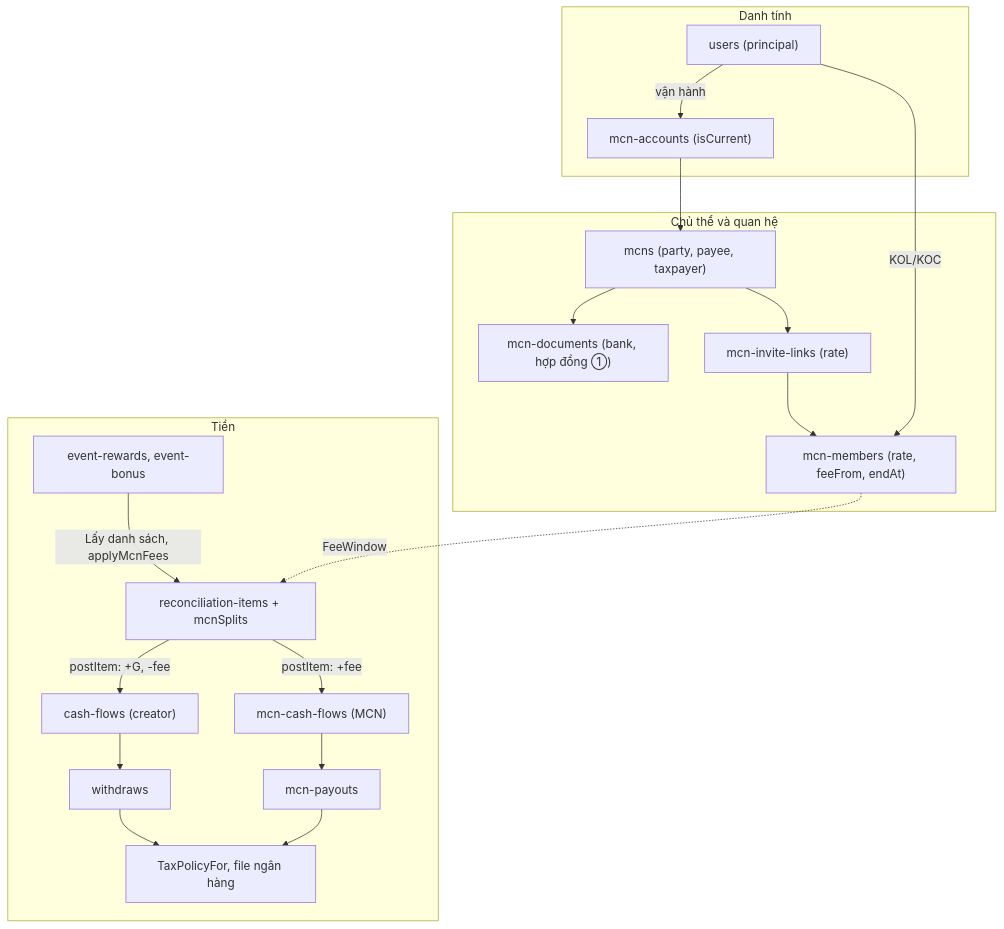
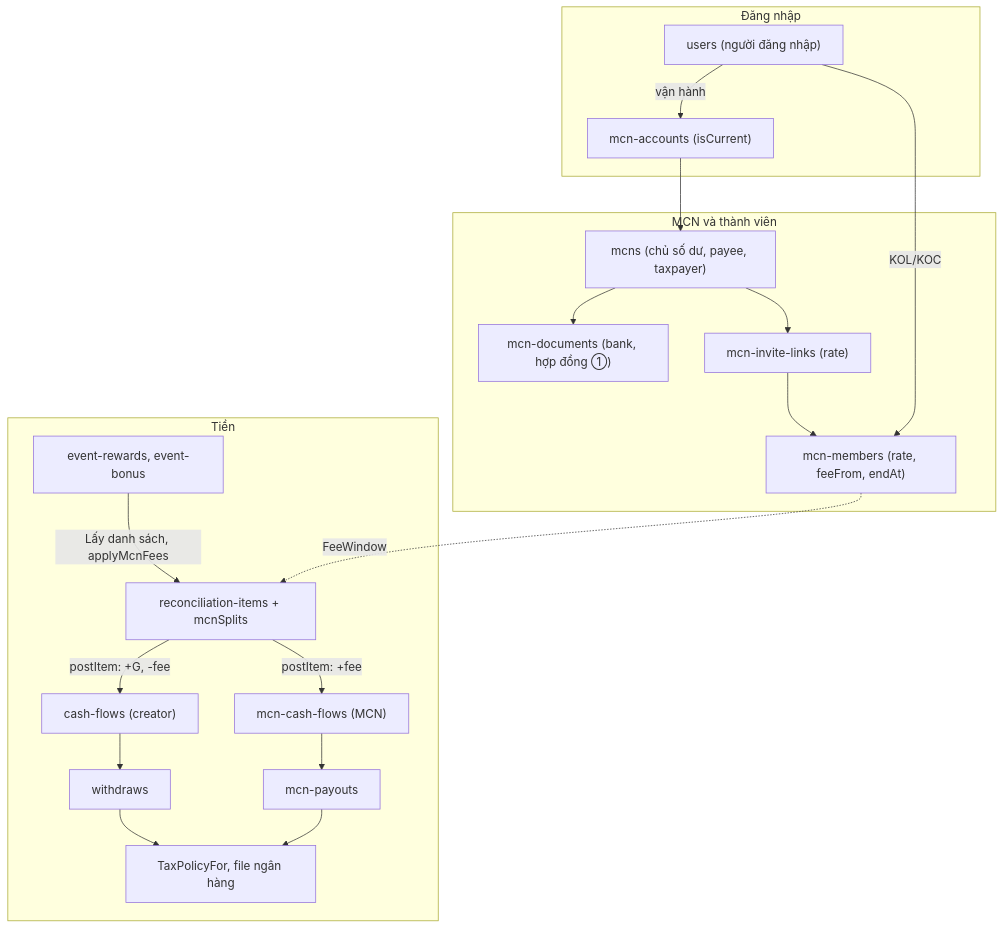
The second of 10 diagrams in mcn/techspec-mcn-phase1-2026-11-04.md (viewboost/accesstrade-docs), drawn with Mermaid before and after one commit. The commit also changed other lines of this file, not shown here.

Commit message:
docs(mcn): tech spec v2.1 - ra soat cau chu cho de doc, sua mau thuan vi du, moc ap dung, co LedgerV2, so du am theo chien dich, cau hoi mo

````diff
--- a/mcn/techspec-mcn-phase1-2026-11-04.md
+++ b/mcn/techspec-mcn-phase1-2026-11-04.md
@@ -311,20 +324,20 @@
 ```mermaid
 flowchart TB
-  subgraph S1["Danh tính"]
-    U["users (principal)"] -- "vận hành" --> ACC["mcn-accounts (isCurrent)"]
+  subgraph S1["Đăng nhập"]
+    U["users (người đăng nhập)"] -- "vận hành" --> ACC["mcn-accounts (isCurrent)"]
   end
-  subgraph S2["Chủ thể và quan hệ"]
-    MCN["mcns (party, payee, taxpayer)"] --> DOC["mcn-documents (bank, hợp đồng ①)"]
+  subgraph S2["MCN và thành viên"]
+    MCN["mcns (chủ số dư, payee, taxpayer)"] --> DOC["mcn-documents (bank, hợp đồng ①)"]
     MCN --> LINK["mcn-invite-links (rate)"] --> MBR["mcn-members (rate, feeFrom, endAt)"]
   end
   subgraph S3["Tiền"]
     ER["event-rewards, event-bonus"] -- "Lấy danh sách, applyMcnFees" --> RI["reconciliation-items + mcnSplits"]
     RI -- "postItem: +G, -fee" --> CF["cash-flows (creator)"] --> WD["withdraws"]
     RI -- "postItem: +fee" --> MCF["mcn-cash-flows (MCN)"] --> PO["mcn-payouts"]
     WD --> TAX["TaxPolicyFor, file ngân hàng"]
     PO --> TAX
   end
   ACC --> MCN
   U -- "KOL/KOC" --> MBR
   MBR -. "FeeWindow" .-> RI
 ```
````
